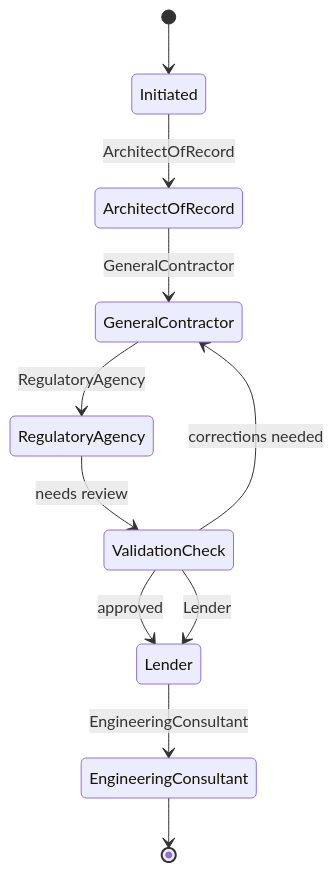
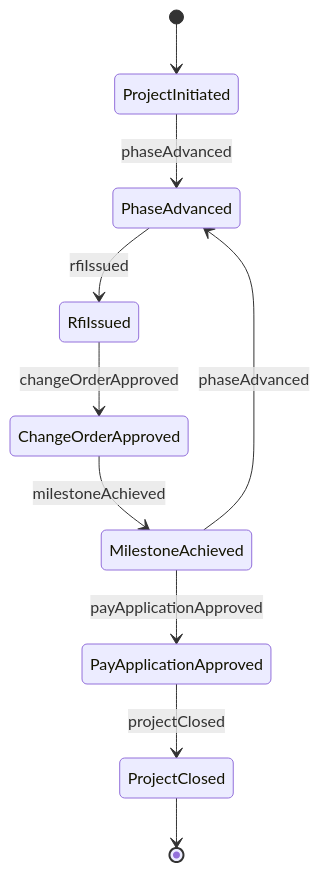
The second of 4 diagrams in GuidingDirectingAndMotivatingSubordinates/DirectConstructionOrExtractionActivities/CoordinateConstructionProjectActivities.mdx (dot-org-ai/tasks.org.ai), drawn with Mermaid before and after one commit. The commit also changed other lines of this file and 515 other files, not shown here.

````diff
--- a/GuidingDirectingAndMotivatingSubordinates/DirectConstructionOrExtractionActivities/CoordinateConstructionProjectActivities.mdx
+++ b/GuidingDirectingAndMotivatingSubordinates/DirectConstructionOrExtractionActivities/CoordinateConstructionProjectActivities.mdx
@@ -100,13 +100,12 @@
 ```mermaid
 stateDiagram-v2
-    [*] --> Initiated
-    Initiated --> ArchitectOfRecord: ArchitectOfRecord
-    ArchitectOfRecord --> GeneralContractor: GeneralContractor
-    GeneralContractor --> RegulatoryAgency: RegulatoryAgency
-    RegulatoryAgency --> ValidationCheck: needs review
-    ValidationCheck --> GeneralContractor: corrections needed
-    ValidationCheck --> Lender: approved
-    ValidationCheck --> Lender: Lender
-    Lender --> EngineeringConsultant: EngineeringConsultant
-    EngineeringConsultant --> [*]
+    [*] --> ProjectInitiated
+    ProjectInitiated --> PhaseAdvanced : phaseAdvanced
+    PhaseAdvanced --> RfiIssued : rfiIssued
+    RfiIssued --> ChangeOrderApproved : changeOrderApproved
+    ChangeOrderApproved --> MilestoneAchieved : milestoneAchieved
+    MilestoneAchieved --> PayApplicationApproved : payApplicationApproved
+    PayApplicationApproved --> ProjectClosed : projectClosed
+    MilestoneAchieved --> PhaseAdvanced : phaseAdvanced
+    ProjectClosed --> [*]
 ```
````
